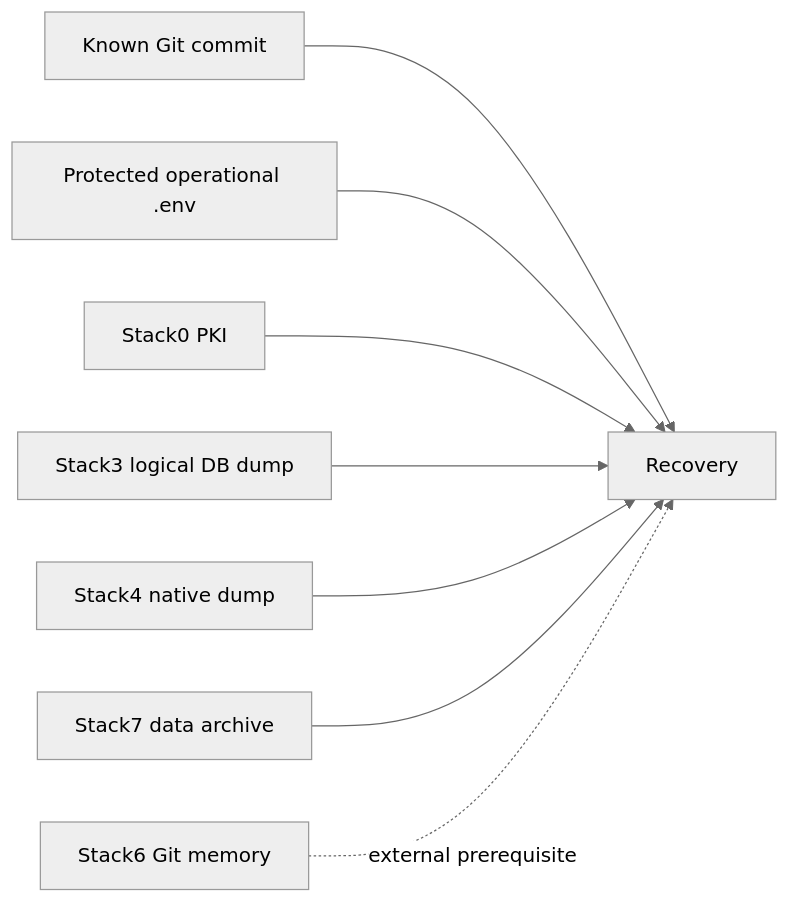
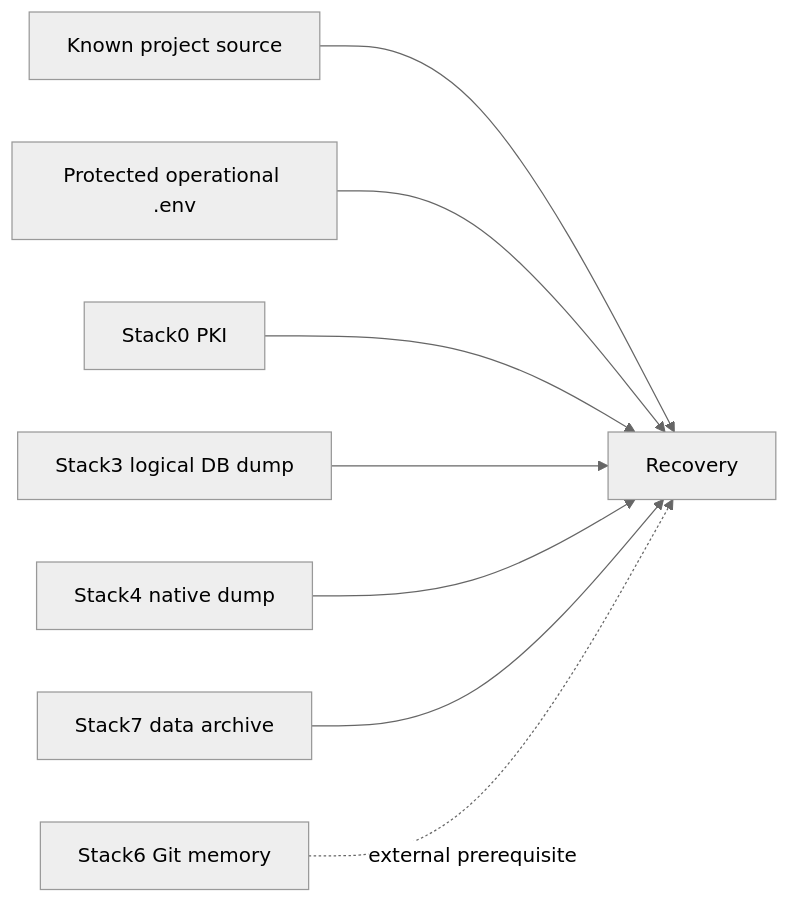
Before and after one commit to ea1het/local_hybrid_ai: the first of 2 diagrams in docs/dr/howto.md, drawn with Mermaid (neutral theme). The commit also changed other lines of this file, not shown here.

````diff
--- a/docs/dr/howto.md
+++ b/docs/dr/howto.md
@@ -5,10 +7,10 @@
 ```mermaid
 flowchart LR
-    Source[Known Git commit] --> Recovery
+    Source[Known project source] --> Recovery
     Env[Protected operational .env] --> Recovery
     PKI[Stack0 PKI] --> Recovery
     LiteLLM[Stack3 logical DB dump] --> Recovery
     Gitea[Stack4 native dump] --> Recovery
     WebUI[Stack7 data archive] --> Recovery
     Memory[Stack6 Git memory] -. external prerequisite .-> Recovery
 ```
````
